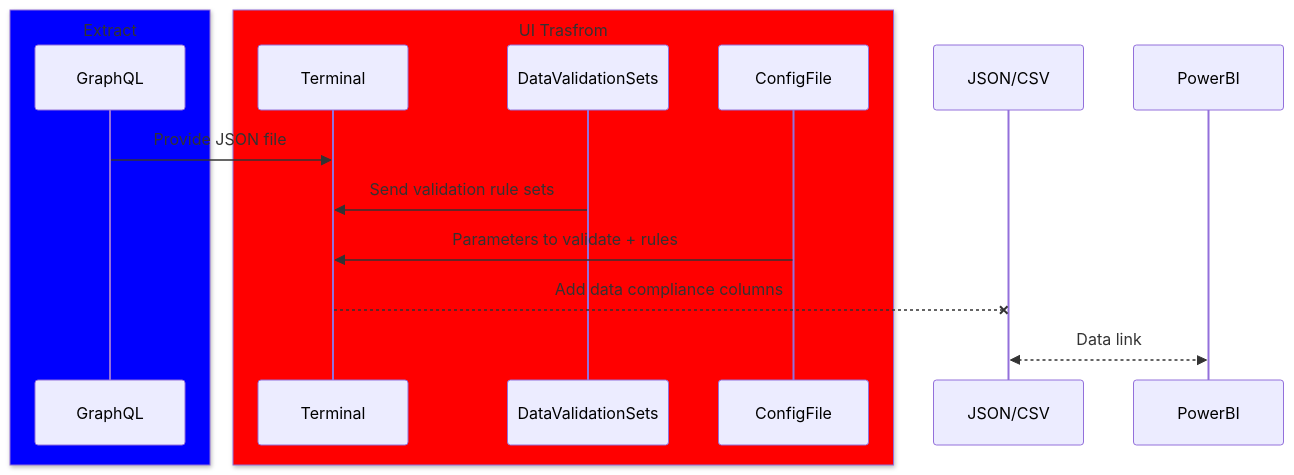
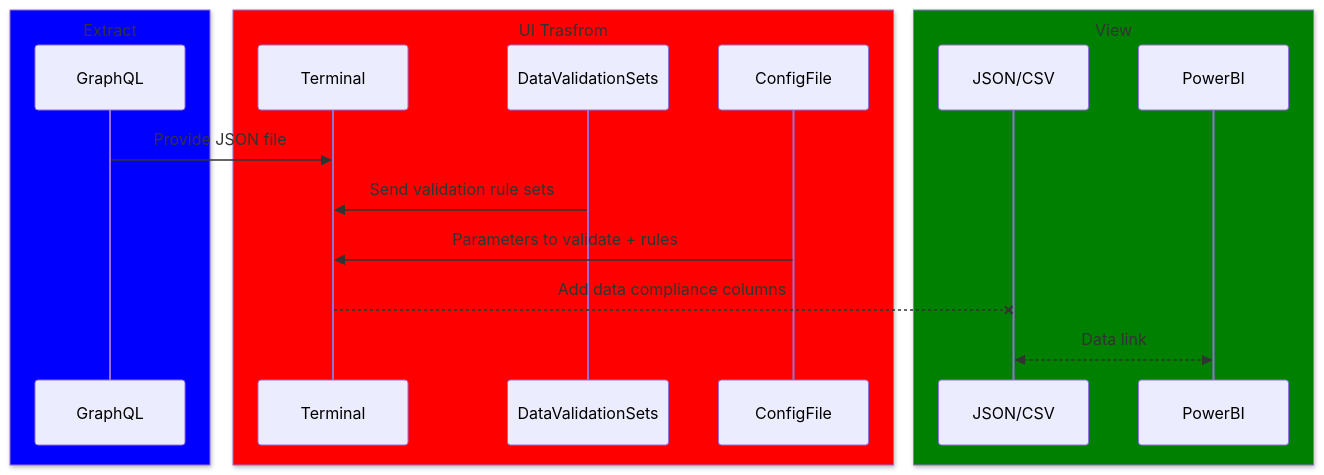
One commit to GianClaudioScarafini/PoCDataValidation changed the diagram in README.md. Above: the diagram before and after it, drawn with Mermaid.

Commit message:
adit graph

````diff
--- a/README.md
+++ b/README.md
@@ -9,19 +9,25 @@
 ```mermaid
 sequenceDiagram
     box Blue Extract 
     participant GraphQL
     End
+
     box red UI Trasfrom
     participant Terminal
     participant DataValidationSets
     participant ConfigFile
+    end
+    box green View
+    participant JSON/CSV
+    participant PowerBI
+
     end
     GraphQL ->> Terminal: Provide JSON file
     DataValidationSets ->> Terminal: Send validation rule sets
     ConfigFile ->> Terminal: Parameters to validate + rules
 
     Terminal --x JSON/CSV: Add data compliance columns
     JSON/CSV <<-->> PowerBI: Data link
 
 
 ```
````
